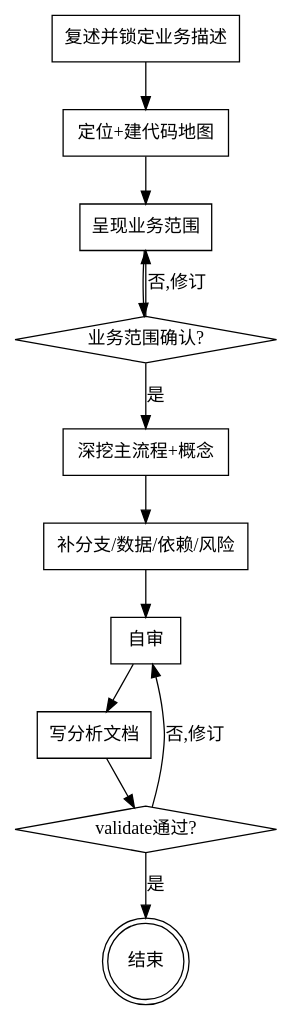
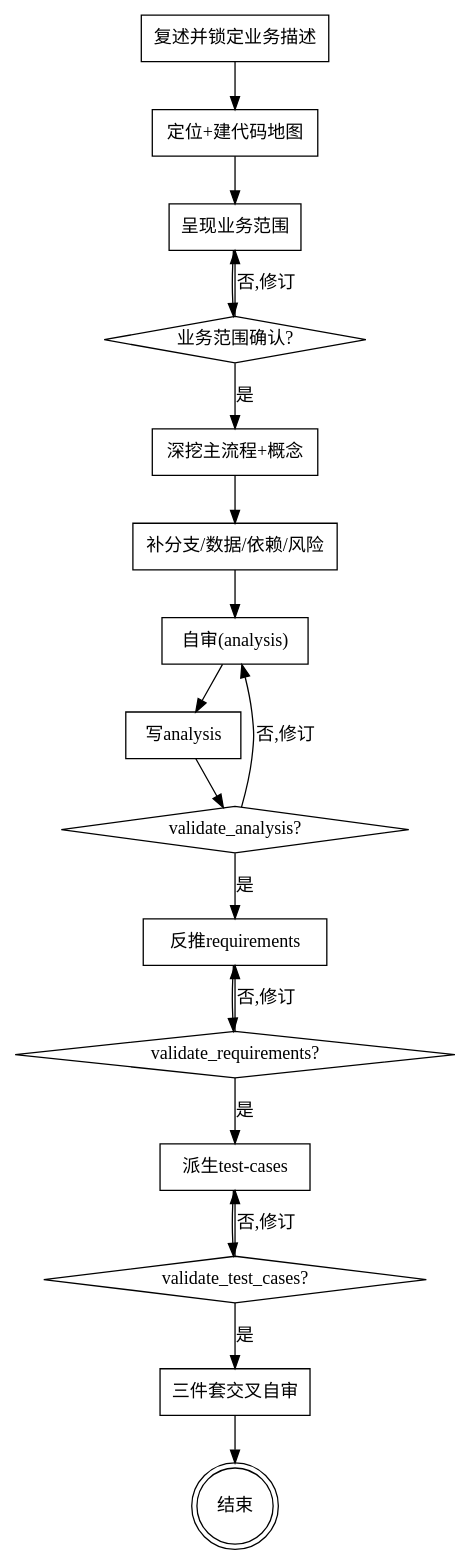
Before and after one commit to ironbob/DesignSKills: the diagram in skills/code-analyze-business/SKILL.md, drawn with Graphviz. The commit also changed other lines of this file and 9 other files, not shown here.

````diff
--- a/skills/code-analyze-business/SKILL.md
+++ b/skills/code-analyze-business/SKILL.md
@@ -67,26 +80,38 @@
 ```dot
 digraph analyze {
   "复述并锁定业务描述" [shape=box];
   "定位+建代码地图" [shape=box];
   "呈现业务范围" [shape=box];
   "业务范围确认?" [shape=diamond];
   "深挖主流程+概念" [shape=box];
   "补分支/数据/依赖/风险" [shape=box];
-  "自审" [shape=box];
-  "写分析文档" [shape=box];
-  "validate通过?" [shape=diamond];
+  "自审(analysis)" [shape=box];
+  "写analysis" [shape=box];
+  "validate_analysis?" [shape=diamond];
+  "反推requirements" [shape=box];
+  "validate_requirements?" [shape=diamond];
+  "派生test-cases" [shape=box];
+  "validate_test_cases?" [shape=diamond];
+  "三件套交叉自审" [shape=box];
   "结束" [shape=doublecircle];
 
   "复述并锁定业务描述" -> "定位+建代码地图";
   "定位+建代码地图" -> "呈现业务范围";
   "呈现业务范围" -> "业务范围确认?";
   "业务范围确认?" -> "呈现业务范围" [label="否,修订"];
   "业务范围确认?" -> "深挖主流程+概念" [label="是"];
   "深挖主流程+概念" -> "补分支/数据/依赖/风险";
-  "补分支/数据/依赖/风险" -> "自审";
-  "自审" -> "写分析文档";
-  "写分析文档" -> "validate通过?";
-  "validate通过?" -> "自审" [label="否,修订"];
-  "validate通过?" -> "结束" [label="是"];
+  "补分支/数据/依赖/风险" -> "自审(analysis)";
+  "自审(analysis)" -> "写analysis";
+  "写analysis" -> "validate_analysis?";
+  "validate_analysis?" -> "自审(analysis)" [label="否,修订"];
+  "validate_analysis?" -> "反推requirements" [label="是"];
+  "反推requirements" -> "validate_requirements?";
+  "validate_requirements?" -> "反推requirements" [label="否,修订"];
+  "validate_requirements?" -> "派生test-cases" [label="是"];
+  "派生test-cases" -> "validate_test_cases?";
+  "validate_test_cases?" -> "派生test-cases" [label="否,修订"];
+  "validate_test_cases?" -> "三件套交叉自审" [label="是"];
+  "三件套交叉自审" -> "结束";
 }
 ```
````
